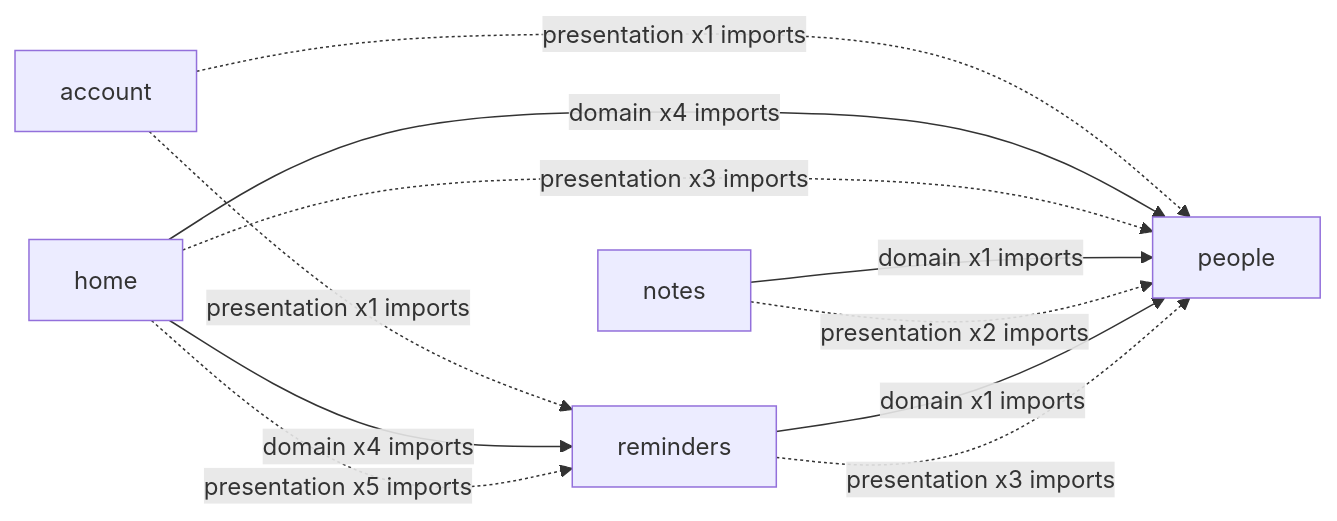
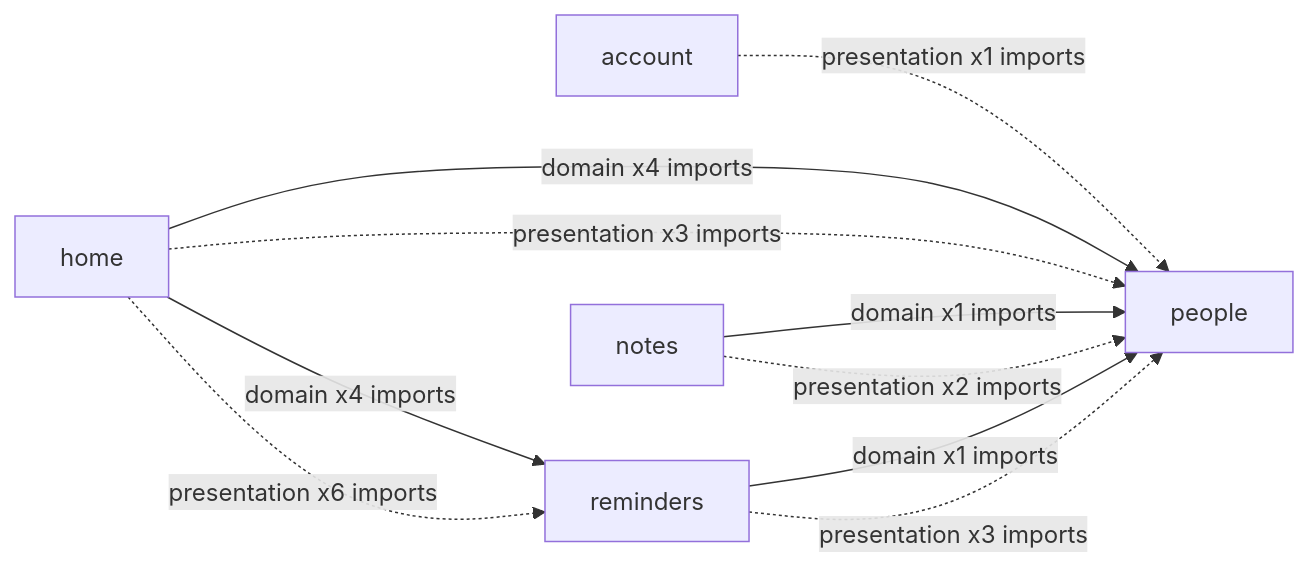
Before and after one commit to diogo10/VitaFolderMobile: the diagram in docs/architecture/dependency-graph.md, drawn with Mermaid. The commit also changed other lines of this file and 550 other files, not shown here.

````diff
--- a/docs/architecture/dependency-graph.md
+++ b/docs/architecture/dependency-graph.md
@@ -14,13 +14,12 @@
 ```mermaid
 flowchart LR
     account -.->|"presentation x1 imports"| people
-    account -.->|"presentation x1 imports"| reminders
     home -->|"domain x4 imports"| people
     home -.->|"presentation x3 imports"| people
     home -->|"domain x4 imports"| reminders
-    home -.->|"presentation x5 imports"| reminders
+    home -.->|"presentation x6 imports"| reminders
     notes -->|"domain x1 imports"| people
     notes -.->|"presentation x2 imports"| people
     reminders -->|"domain x1 imports"| people
     reminders -.->|"presentation x3 imports"| people
 ```
````
